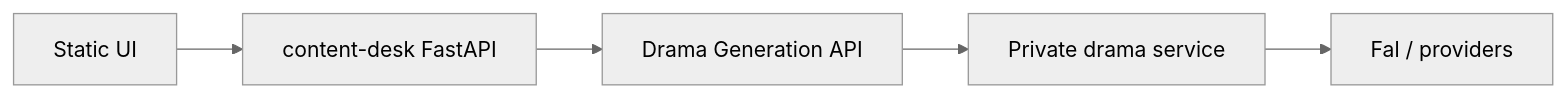
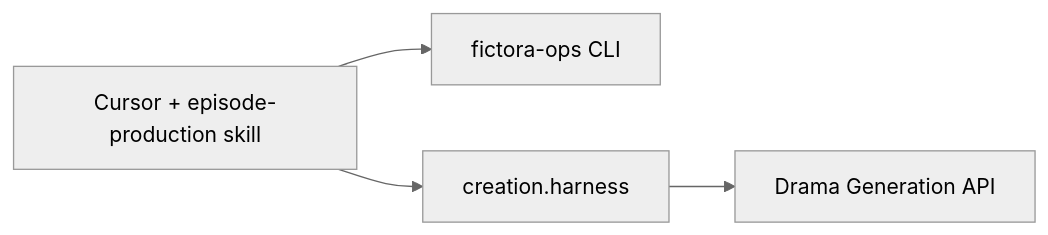
One commit to DreamFlux-Workspace/fictora-content-creation changed the diagram in docs/extending.md. Above: the diagram before and after it, drawn with Mermaid (neutral theme). The commit also changed other lines of this file and 48 other files, not shown here.

First line of the commit message:
Pivot to API harness, fictora-ops CLI, and episode-production skill.

````diff
--- a/docs/extending.md
+++ b/docs/extending.md
@@ -5,7 +5,10 @@
 ```mermaid
 flowchart LR
-  UI[Static UI] --> BFF[content-desk FastAPI]
-  BFF --> API[Drama Generation API]
-  API --> Worker[Private drama service]
-  Worker --> Fal[Fal / providers]
+  Agent[Cursor + episode-production skill]
+  Ops[fictora-ops CLI]
+  Harness[creation.harness]
+  API[Drama Generation API]
+  Agent --> Ops
+  Agent --> Harness
+  Harness --> API
 ```
````
